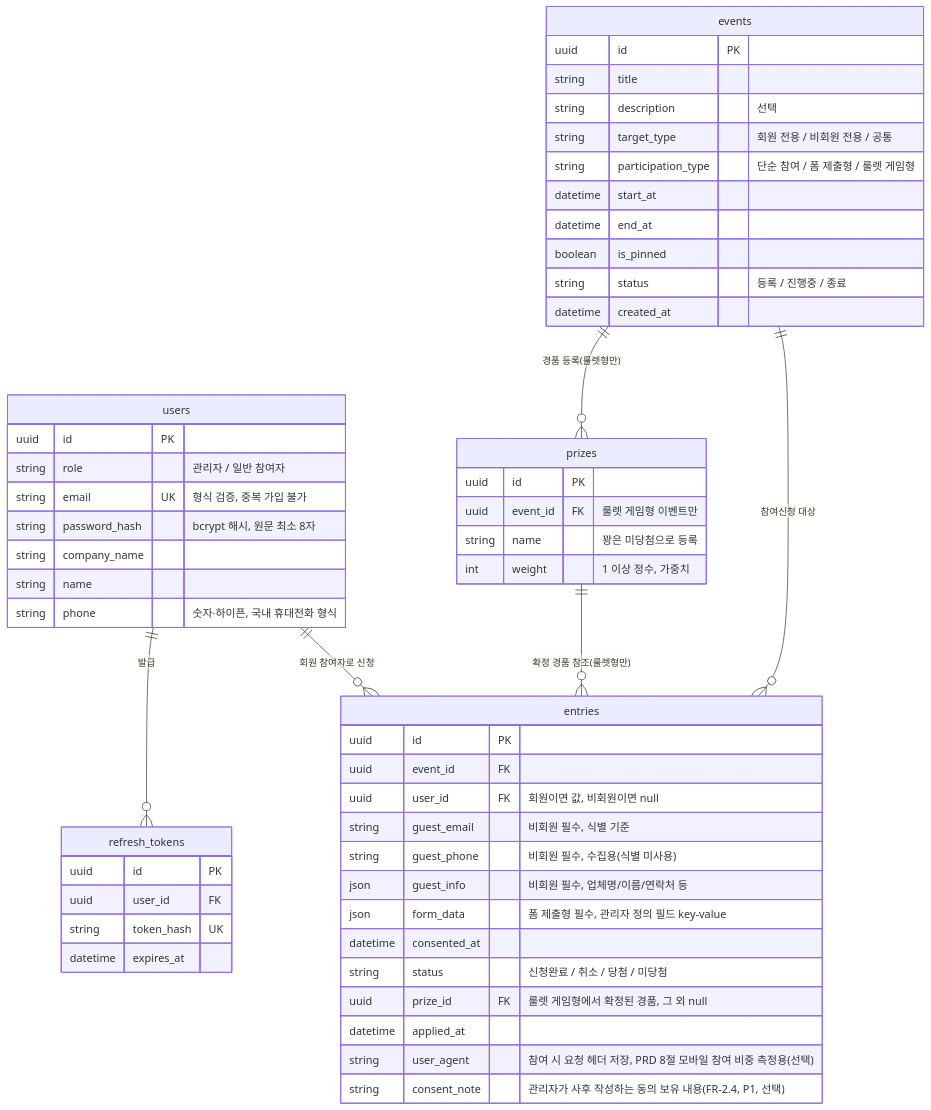
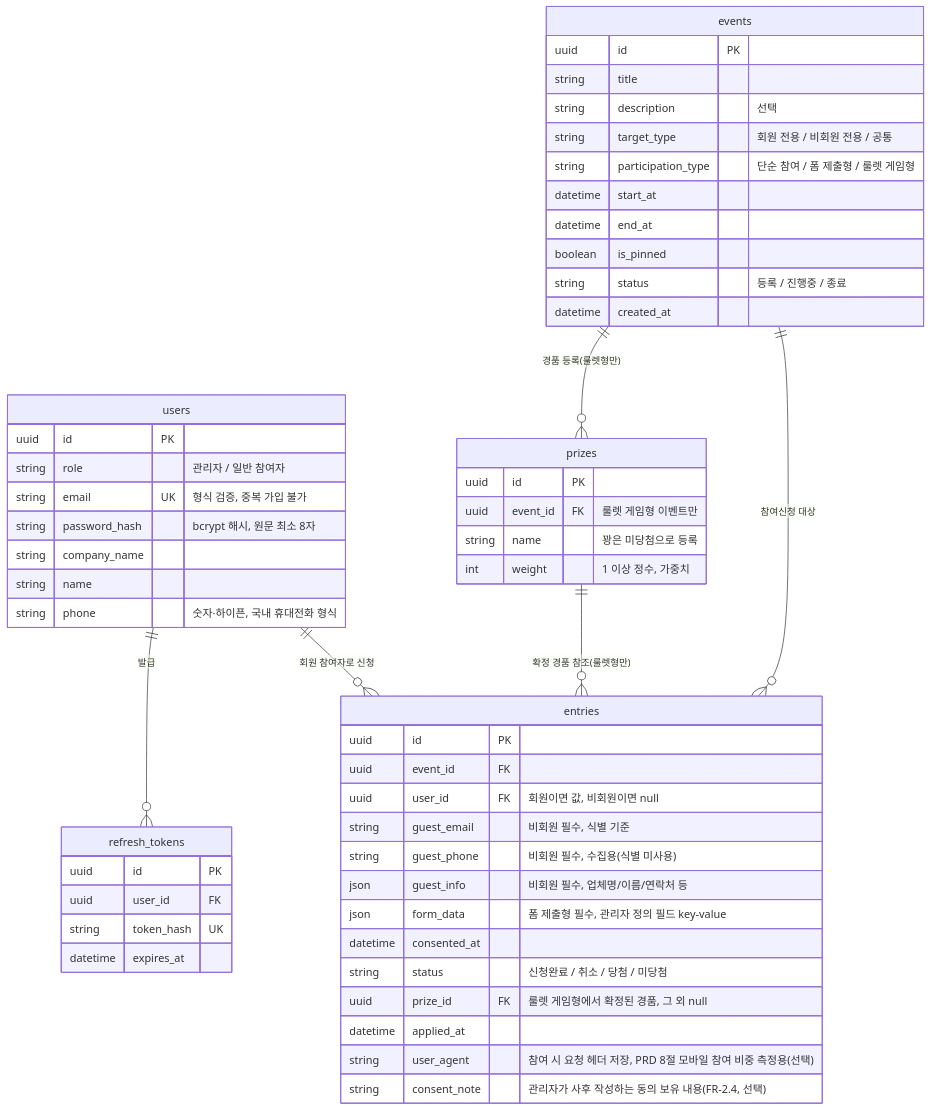
The diagram in docs/8-erd.md (H-Lee-plan/b2b-promo), drawn with Mermaid before and after one commit. The commit also changed other lines of this file and 108 other files, not shown here.

````diff
--- a/docs/8-erd.md
+++ b/docs/8-erd.md
@@ -13,61 +14,61 @@
 ```mermaid
 erDiagram
     users ||--o{ entries : "회원 참여자로 신청"
     users ||--o{ refresh_tokens : "발급"
     events ||--o{ entries : "참여신청 대상"
     events ||--o{ prizes : "경품 등록(룰렛형만)"
     prizes ||--o{ entries : "확정 경품 참조(룰렛형만)"
 
     users {
         uuid id PK
         string role "관리자 / 일반 참여자"
         string email UK "형식 검증, 중복 가입 불가"
         string password_hash "bcrypt 해시, 원문 최소 8자"
         string company_name
         string name
         string phone "숫자·하이픈, 국내 휴대전화 형식"
     }
 
     events {
         uuid id PK
         string title
         string description "선택"
         string target_type "회원 전용 / 비회원 전용 / 공통"
         string participation_type "단순 참여 / 폼 제출형 / 룰렛 게임형"
         datetime start_at
         datetime end_at
         boolean is_pinned
         string status "등록 / 진행중 / 종료"
         datetime created_at
     }
 
     prizes {
         uuid id PK
         uuid event_id FK "룰렛 게임형 이벤트만"
         string name "꽝은 미당첨으로 등록"
         int weight "1 이상 정수, 가중치"
     }
 
     entries {
         uuid id PK
         uuid event_id FK
         uuid user_id FK "회원이면 값, 비회원이면 null"
         string guest_email "비회원 필수, 식별 기준"
         string guest_phone "비회원 필수, 수집용(식별 미사용)"
         json guest_info "비회원 필수, 업체명/이름/연락처 등"
         json form_data "폼 제출형 필수, 관리자 정의 필드 key-value"
         datetime consented_at
         string status "신청완료 / 취소 / 당첨 / 미당첨"
         uuid prize_id FK "룰렛 게임형에서 확정된 경품, 그 외 null"
         datetime applied_at
         string user_agent "참여 시 요청 헤더 저장, PRD 8절 모바일 참여 비중 측정용(선택)"
-        string consent_note "관리자가 사후 작성하는 동의 보유 내용(FR-2.4, P1, 선택)"
+        string consent_note "관리자가 사후 작성하는 동의 보유 내용(FR-2.4, 선택)"
     }
 
     refresh_tokens {
         uuid id PK
         uuid user_id FK
         string token_hash UK
         datetime expires_at
     }
 ```
````
